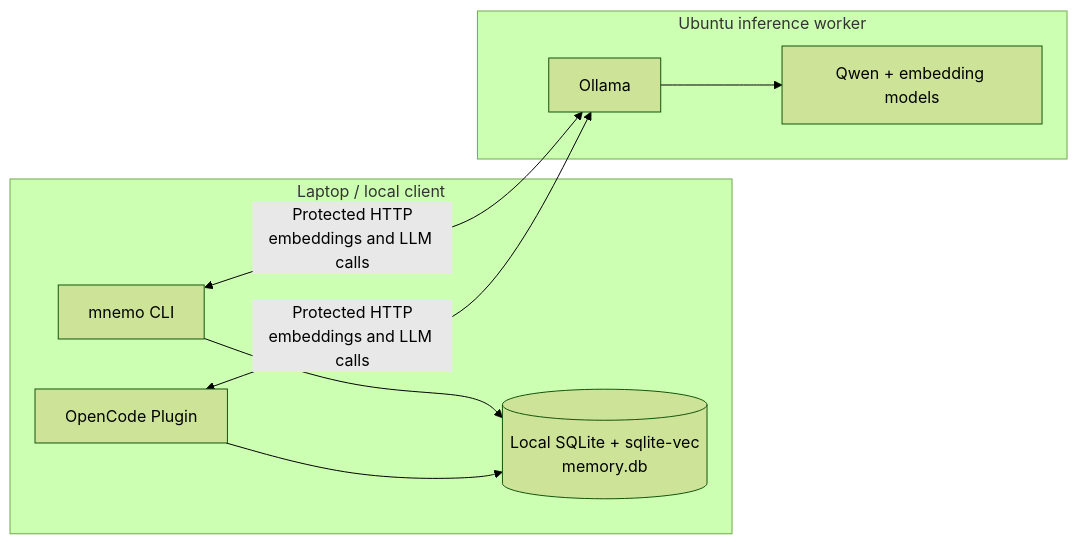
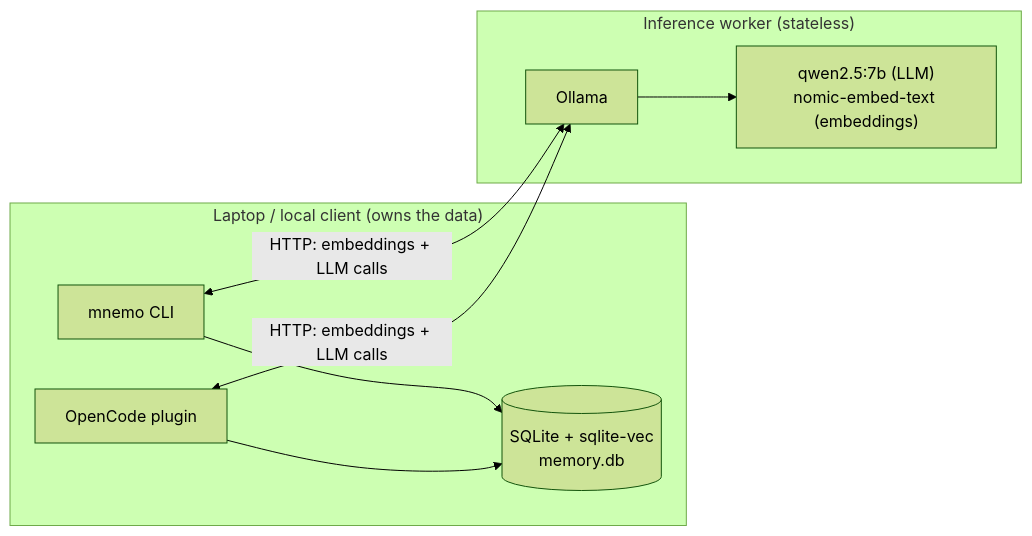
Before and after one commit to victorvarza/mnemosyne: the first of 3 diagrams in docs/architecture.md, drawn with Mermaid (forest theme). The commit also changed other lines of this file and 5 other files, not shown here.

````diff
--- a/docs/architecture.md
+++ b/docs/architecture.md
@@ -5,19 +11,19 @@
 ```mermaid
 flowchart LR
-    subgraph Laptop["Laptop / local client"]
+    subgraph Laptop["Laptop / local client (owns the data)"]
         CLI["mnemo CLI"]
-        OpenCode["OpenCode Plugin"]
-        Store[("Local SQLite + sqlite-vec<br/>memory.db")]
+        OC["OpenCode plugin"]
+        Store[("SQLite + sqlite-vec<br/>memory.db")]
         CLI --> Store
-        OpenCode --> Store
+        OC --> Store
     end
 
-    subgraph Worker["Ubuntu inference worker"]
+    subgraph Worker["Inference worker (stateless)"]
         Ollama["Ollama"]
-        Models["Qwen + embedding models"]
+        Models["qwen2.5:7b (LLM)<br/>nomic-embed-text (embeddings)"]
         Ollama --> Models
     end
 
-    CLI <-->|"Protected HTTP<br/>embeddings and LLM calls"| Ollama
-    OpenCode <-->|"Protected HTTP<br/>embeddings and LLM calls"| Ollama
+    CLI <-->|"HTTP: embeddings + LLM calls"| Ollama
+    OC  <-->|"HTTP: embeddings + LLM calls"| Ollama
 ```
````
